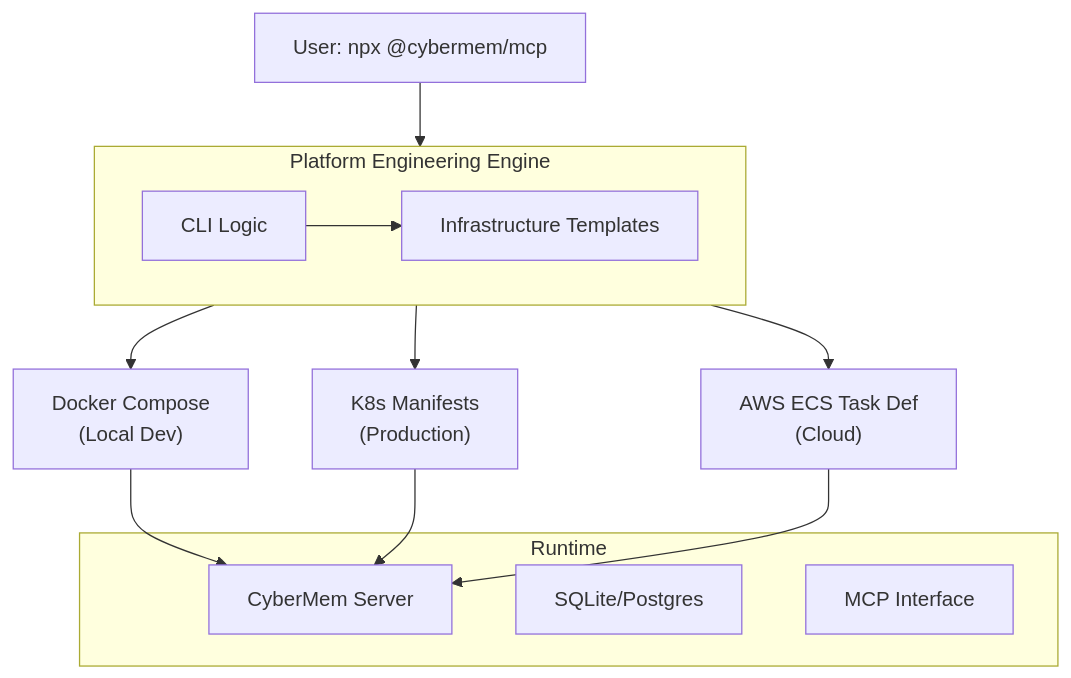
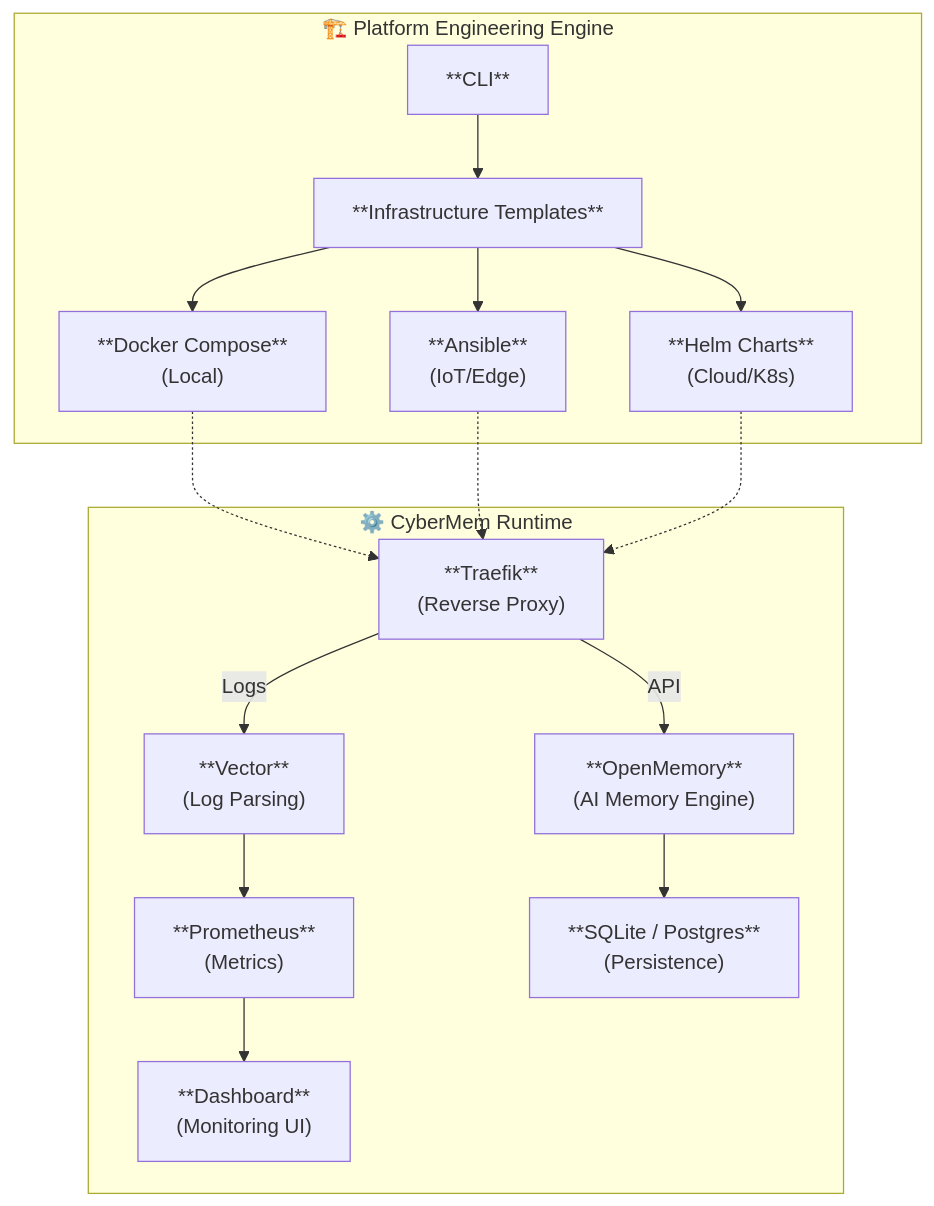
One commit to mikhailkogan17/cybermem changed the diagram in README.md. Above: the diagram before and after it, drawn with Mermaid.

Commit message:
doc: update architecture diagram with both platform eng and runtime details

````diff
--- a/README.md
+++ b/README.md
@@ -46,24 +46,35 @@
 ```mermaid
 graph TD
-    User[User: npx @cybermem/mcp] --> CLI
-    
-    subgraph CLI ["Platform Engineering Engine"]
-        Logic[CLI Logic]
-        Templates[Infrastructure Templates]
-        Logic --> Templates
+    subgraph Gen["🏗️ Platform Engineering Engine"]
+        CLI["**CLI**"]
+        Templates["**Infrastructure Templates**"]
+        CLI --> Templates
+        
+        Compose["**Docker Compose**<br/>(Local)"]
+        Ansible["**Ansible**<br/>(IoT/Edge)"]
+        Helm["**Helm Charts**<br/>(Cloud/K8s)"]
+        
+        Templates --> Compose
+        Templates --> Ansible
+        Templates --> Helm
     end
-    
-    CLI --> Docker["Docker Compose<br>(Local Dev)"]
-    CLI --> K8s["K8s Manifests<br>(Production)"]
-    CLI --> ECS["AWS ECS Task Def<br>(Cloud)"]
-    
-    Docker --> Server[CyberMem Server]
-    K8s --> Server
-    ECS --> Server
-    
-    subgraph ServerBox [Runtime]
-        Server
-        Persistence[SQLite/Postgres]
-        MCP[MCP Interface]
+
+    subgraph Runtime["⚙️ CyberMem Runtime"]
+        Traefik["**Traefik**<br/>(Reverse Proxy)"]
+        Vector["**Vector**<br/>(Log Parsing)"]
+        Prom["**Prometheus**<br/>(Metrics)"]
+        Dash["**Dashboard**<br/>(Monitoring UI)"]
+        OM["**OpenMemory**<br/>(AI Memory Engine)"]
+        DB["**SQLite / Postgres**<br/>(Persistence)"]
+        
+        Traefik -->|Logs| Vector
+        Traefik -->|API| OM
+        OM --> DB
+        Vector --> Prom
+        Prom --> Dash
     end
+
+    Compose -.-> Traefik
+    Ansible -.-> Traefik
+    Helm -.-> Traefik
 ```
````
